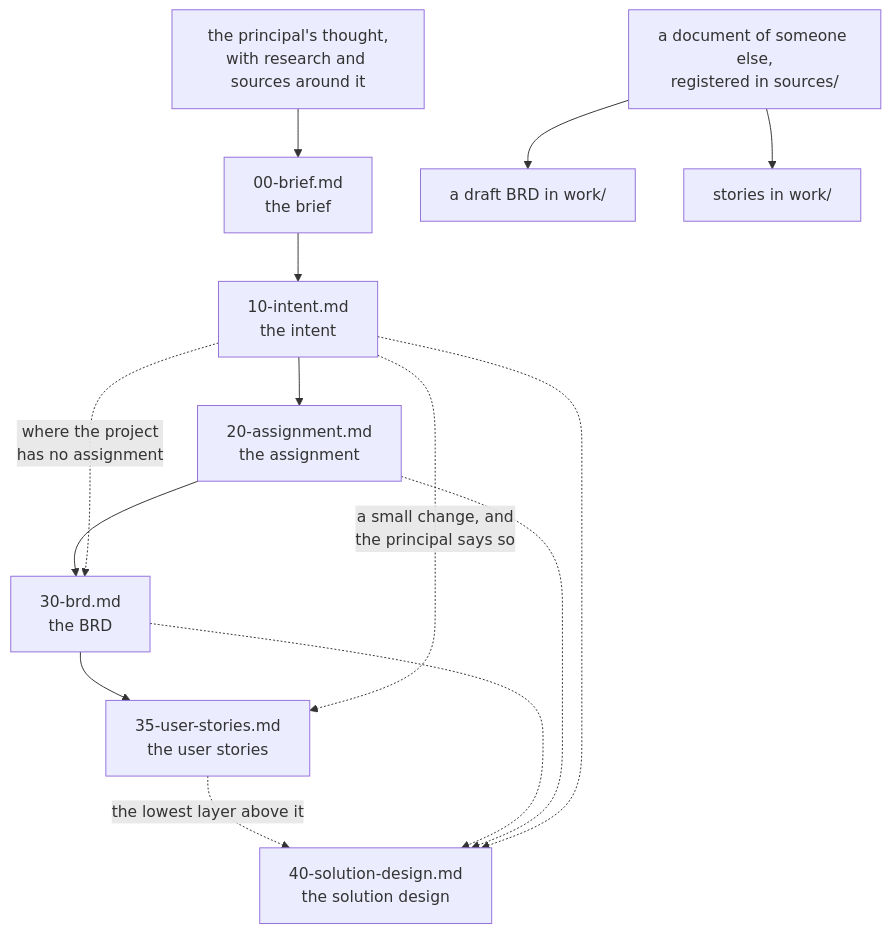
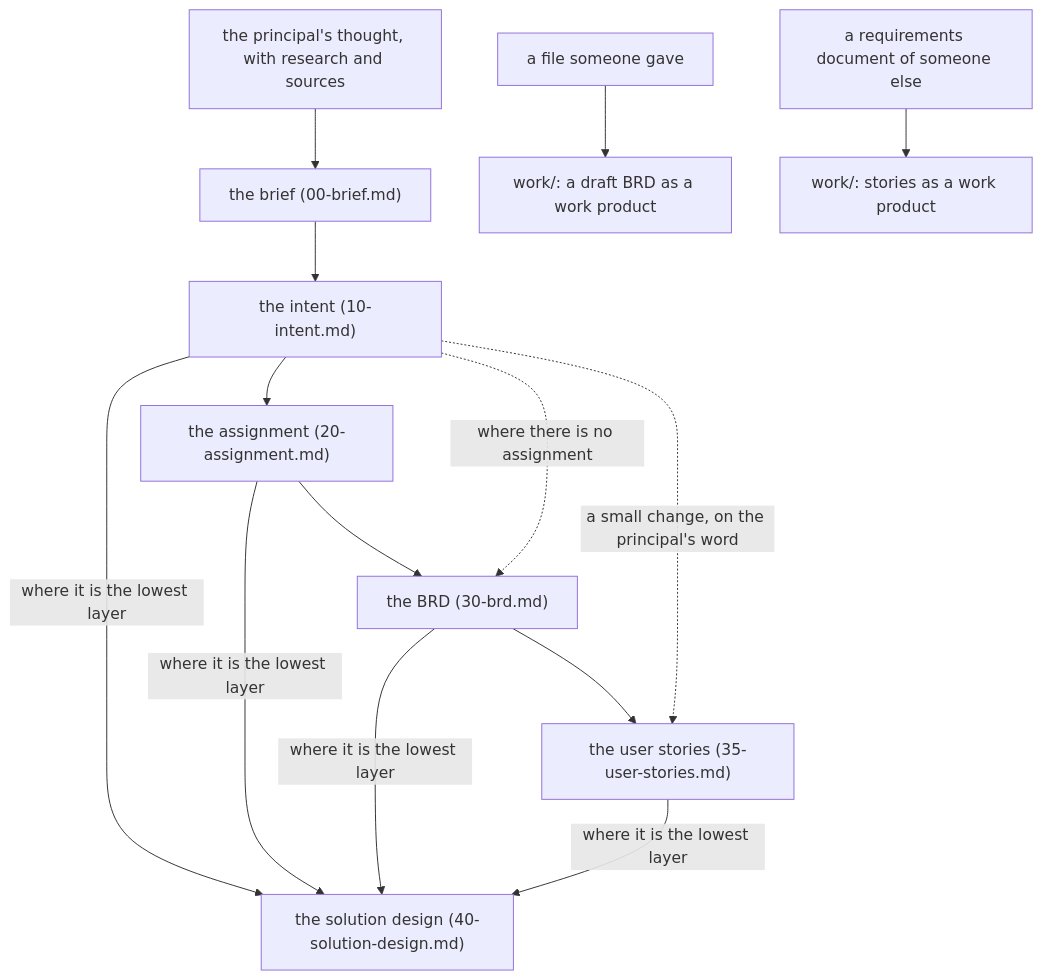
The diagram in docs/about/the-document-chain.md (pche-broken-artist/forge-of-thought), drawn with Mermaid before and after one commit. The commit also changed other lines of this file and 81 other files, not shown here.

````diff
--- a/docs/about/the-document-chain.md
+++ b/docs/about/the-document-chain.md
@@ -123,27 +121,16 @@
 ```mermaid
-flowchart TB
-    thought["the principal's thought,<br/>with research and sources around it"]
-    brief["00-brief.md<br/>the brief"]
-    intent["10-intent.md<br/>the intent"]
-    assignment["20-assignment.md<br/>the assignment"]
-    brd["30-brd.md<br/>the BRD"]
-    stories["35-user-stories.md<br/>the user stories"]
-    design["40-solution-design.md<br/>the solution design"]
-    given["a document of someone else,<br/>registered in sources/"]
-    workbrd["a draft BRD in work/"]
-    workstories["stories in work/"]
-
-    thought --> brief
-    brief --> intent
-    intent --> assignment
-    assignment --> brd
-    intent -. "where the project<br/>has no assignment" .-> brd
-    brd --> stories
-    intent -. "a small change, and<br/>the principal says so" .-> stories
-    stories -. "the lowest layer above it" .-> design
-    brd -.-> design
-    assignment -.-> design
-    intent -.-> design
-    given --> workbrd
-    given --> workstories
+flowchart TD
+  T["the principal's thought, with research and sources"] --> B["the brief (00-brief.md)"]
+  B --> I["the intent (10-intent.md)"]
+  I --> A["the assignment (20-assignment.md)"]
+  A --> R["the BRD (30-brd.md)"]
+  I -. "where there is no assignment" .-> R
+  R --> U["the user stories (35-user-stories.md)"]
+  I -. "a small change, on the principal's word" .-> U
+  I -- "where it is the lowest layer" --> S["the solution design (40-solution-design.md)"]
+  A -- "where it is the lowest layer" --> S
+  R -- "where it is the lowest layer" --> S
+  U -- "where it is the lowest layer" --> S
+  F["a file someone gave"] --> WB["work/: a draft BRD as a work product"]
+  Q["a requirements document of someone else"] --> WU["work/: stories as a work product"]
 ```
````
